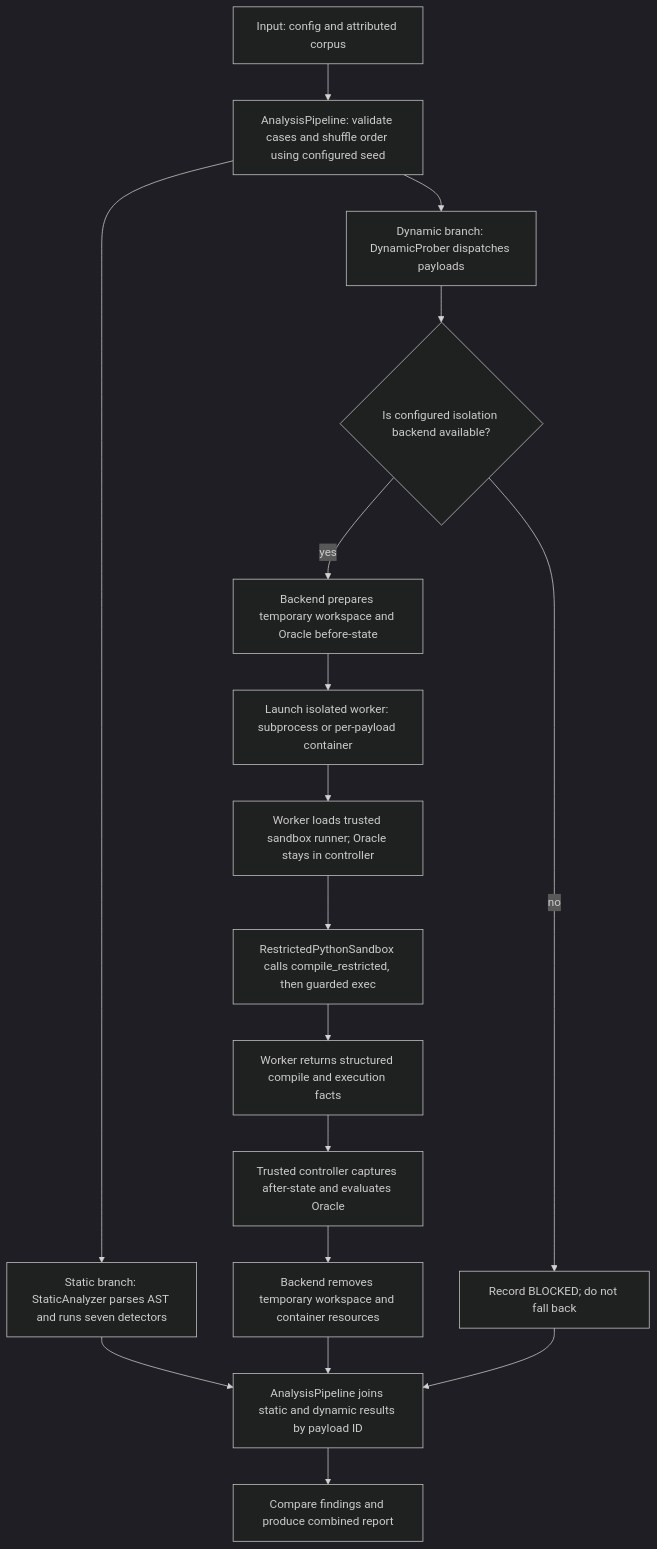
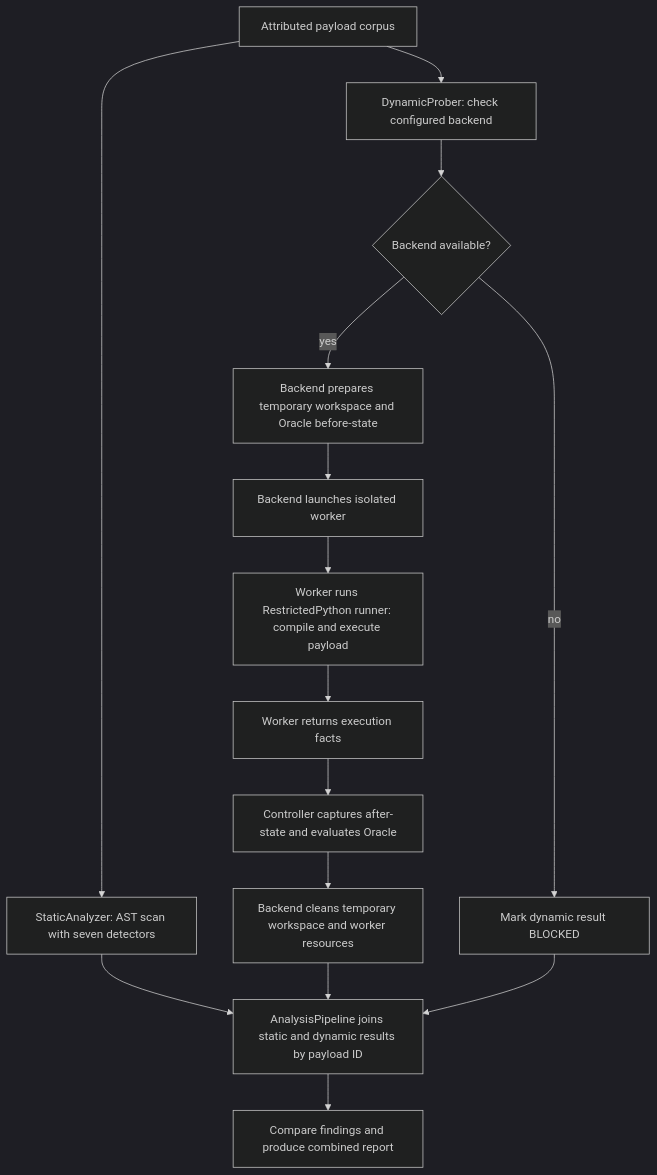
Before and after one commit to aynaakhann/sandbox_escape_finder: the diagram in README.md, drawn with Mermaid (dark theme).

Commit message:
Document the static and dynamic analysis flow

````diff
--- a/README.md
+++ b/README.md
@@ -95,19 +95,17 @@
 ```mermaid
 flowchart TD
-    C[Input: config and attributed corpus] --> N[AnalysisPipeline: validate cases and shuffle order using configured seed]
-    N --> A[Static branch: StaticAnalyzer parses AST and runs seven detectors]
-    N --> P[Dynamic branch: DynamicProber dispatches payloads]
-    P --> V{Is configured isolation backend available?}
+    C[Attributed payload corpus] --> A[StaticAnalyzer: AST scan with seven detectors]
+    C --> D[DynamicProber: check configured backend]
+    D --> V{Backend available?}
     V -->|yes| B[Backend prepares temporary workspace and Oracle before-state]
-    V -->|no| X[Record BLOCKED; do not fall back]
-    B --> W[Launch isolated worker: subprocess or per-payload container]
-    W --> S[Worker loads trusted sandbox runner; Oracle stays in controller]
-    S --> R[RestrictedPythonSandbox calls compile_restricted, then guarded exec]
-    R --> Q[Worker returns structured compile and execution facts]
-    Q --> O[Trusted controller captures after-state and evaluates Oracle]
-    O --> CL[Backend removes temporary workspace and container resources]
+    V -->|no| X[Mark dynamic result BLOCKED]
+    B --> W[Backend launches isolated worker]
+    W --> R[Worker runs RestrictedPython runner: compile and execute payload]
+    R --> Q[Worker returns execution facts]
+    Q --> O[Controller captures after-state and evaluates Oracle]
+    O --> CL[Backend cleans temporary workspace and worker resources]
     A --> J[AnalysisPipeline joins static and dynamic results by payload ID]
     CL --> J
     X --> J
     J --> F[Compare findings and produce combined report]
 ```
````
